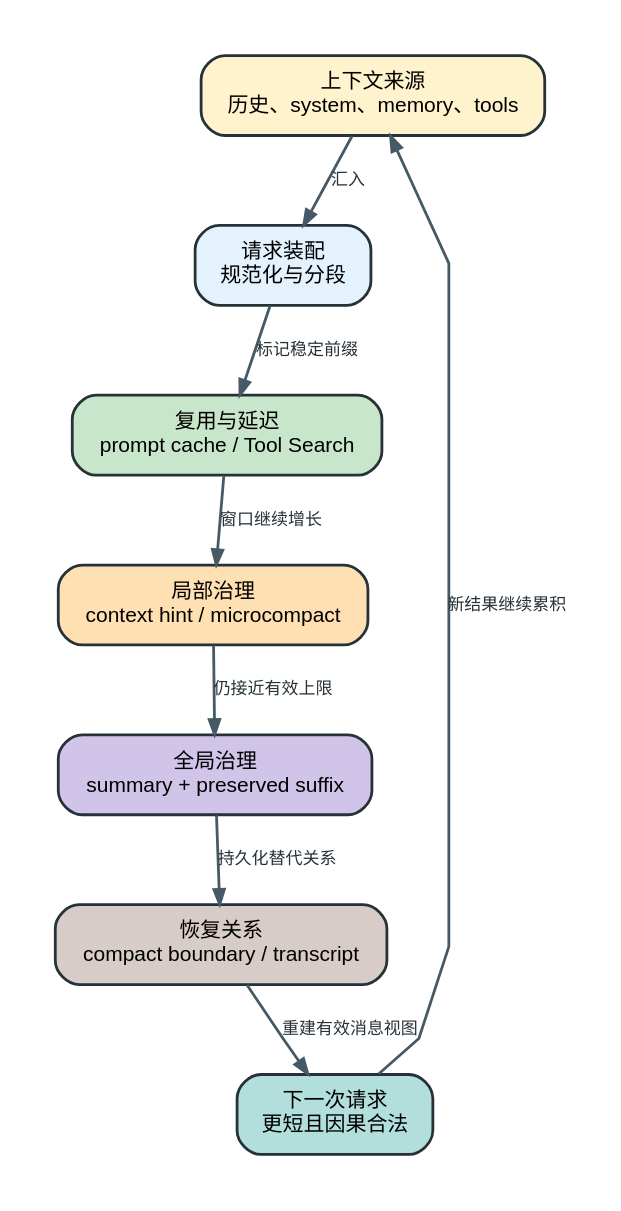
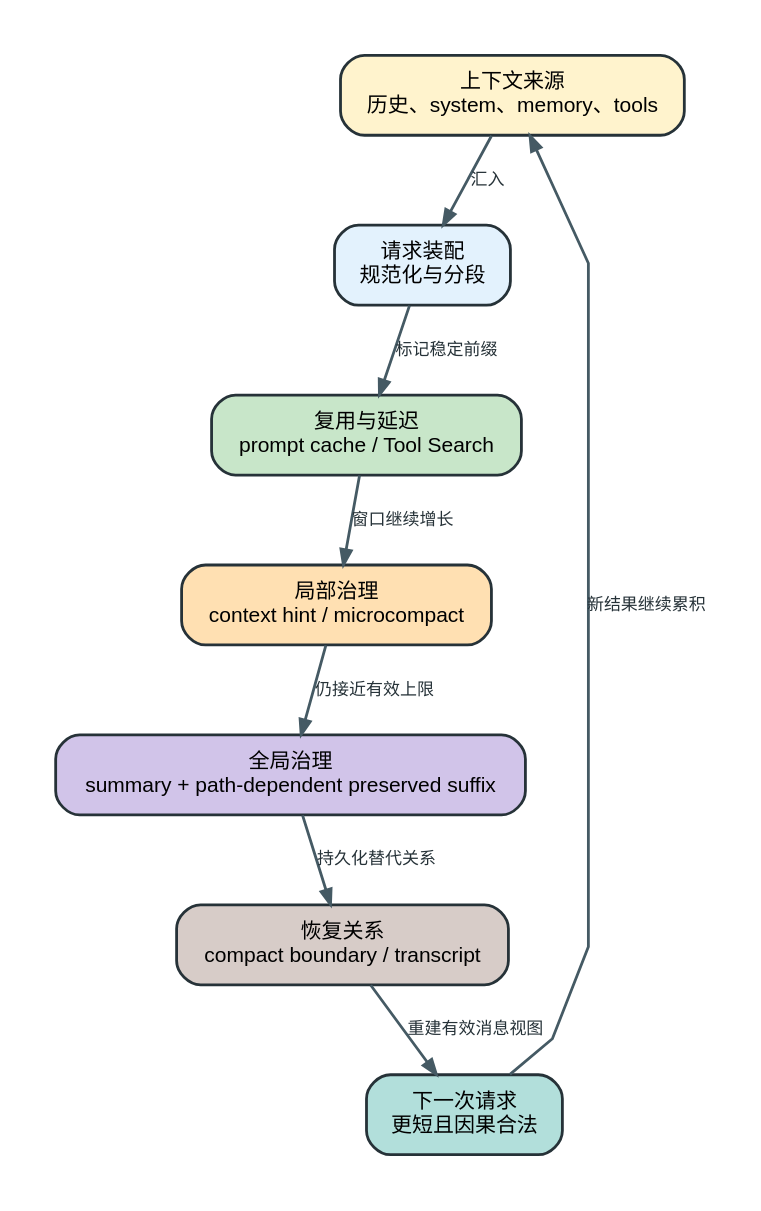
One commit to SwallOwDili/claudecodecli-sourcecode changed the diagram in analysis/visuals/context-control-lifecycle.dot. Above: the diagram before and after it, drawn with Graphviz. The commit also changed 36 other files, not shown here.

```diff
--- a/analysis/visuals/context-control-lifecycle.dot
+++ b/analysis/visuals/context-control-lifecycle.dot
@@ -1,21 +1,21 @@
 digraph context_control_lifecycle {
   graph [rankdir=TB, bgcolor="#ffffff", pad="0.28", nodesep="0.28", ranksep="0.48", splines=polyline, fontname="Arial, PingFang SC, Microsoft YaHei"];
   node [shape=box, style="rounded,filled", color="#263238", penwidth=1.4, margin="0.16,0.11", fontname="Arial, PingFang SC, Microsoft YaHei", fontsize=10.5];
   edge [color="#455a64", penwidth=1.4, arrowsize=0.75, fontname="Arial, PingFang SC, Microsoft YaHei", fontsize=8.5, fontcolor="#263238"];
 
   sources [label="上下文来源\n历史、system、memory、tools", fillcolor="#fff3cd"];
   assemble [label="请求装配\n规范化与分段", fillcolor="#e3f2fd"];
   reuse [label="复用与延迟\nprompt cache / Tool Search", fillcolor="#c8e6c9"];
   trim [label="局部治理\ncontext hint / microcompact", fillcolor="#ffe0b2"];
-  compact [label="全局治理\nsummary + preserved suffix", fillcolor="#d1c4e9"];
+  compact [label="全局治理\nsummary + path-dependent preserved suffix", fillcolor="#d1c4e9"];
   boundary [label="恢复关系\ncompact boundary / transcript", fillcolor="#d7ccc8"];
   next [label="下一次请求\n更短且因果合法", fillcolor="#b2dfdb"];
 
   sources -> assemble [label="汇入"];
   assemble -> reuse [label="标记稳定前缀"];
   reuse -> trim [label="窗口继续增长"];
   trim -> compact [label="仍接近有效上限"];
   compact -> boundary [label="持久化替代关系"];
   boundary -> next [label="重建有效消息视图"];
   next -> sources [label="新结果继续累积"];
 }
```
